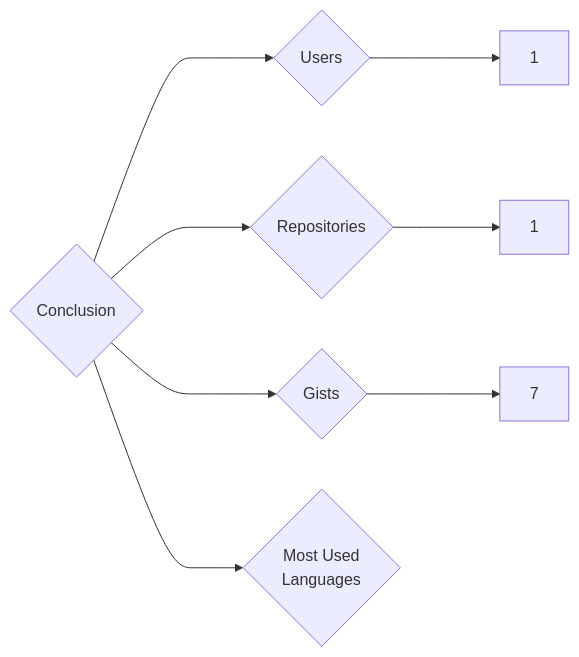
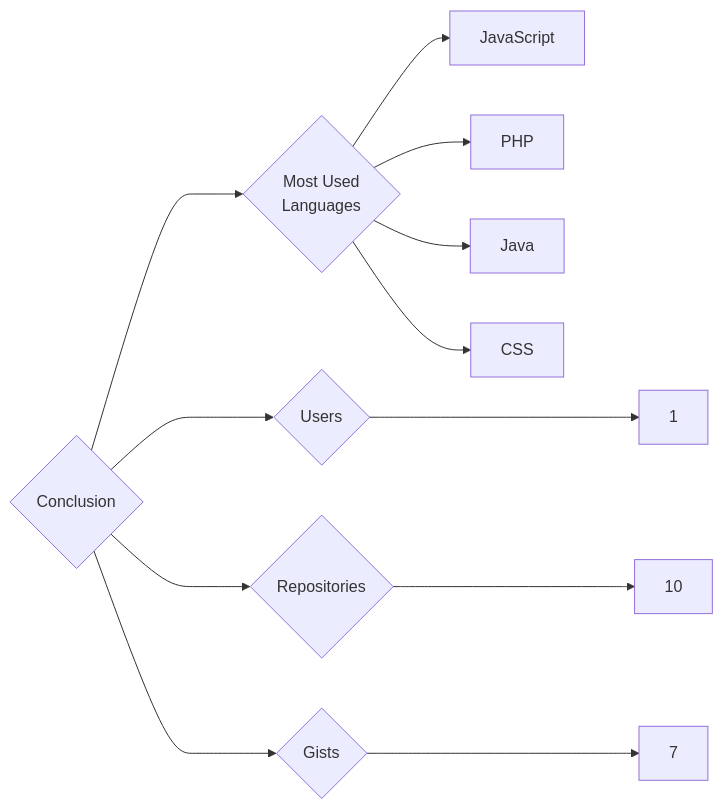
Before and after one commit to trickest/insiders: the diagram in targets/Conclusion/README.md, drawn with Mermaid. The commit also changed 935 other files, not shown here.

````diff
--- a/targets/Conclusion/README.md
+++ b/targets/Conclusion/README.md
@@ -3,8 +3,12 @@
 ```mermaid
 graph LR
 COMPANY_NAME{Conclusion}
 COMPANY_NAME ---> U{Users} ---> UN[1]
-COMPANY_NAME ---> R{Repositories} ---> RN[1]
+COMPANY_NAME ---> R{Repositories} ---> RN[10]
 COMPANY_NAME ---> G{Gists} ---> GN[7]
 COMPANY_NAME ---> ML{Most Used<br>Languages}
+ML --> JavaScript[JavaScript]
+ML --> PHP[PHP]
+ML --> Java[Java]
+ML --> CSS[CSS]
 ```
````
